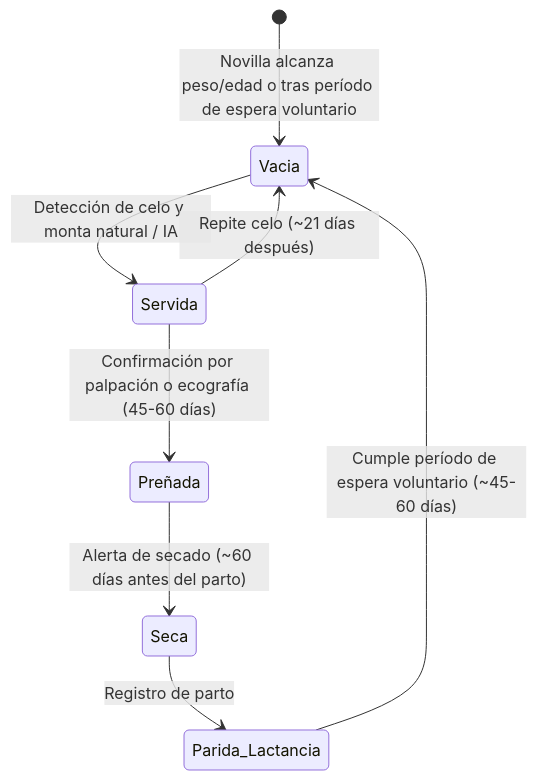
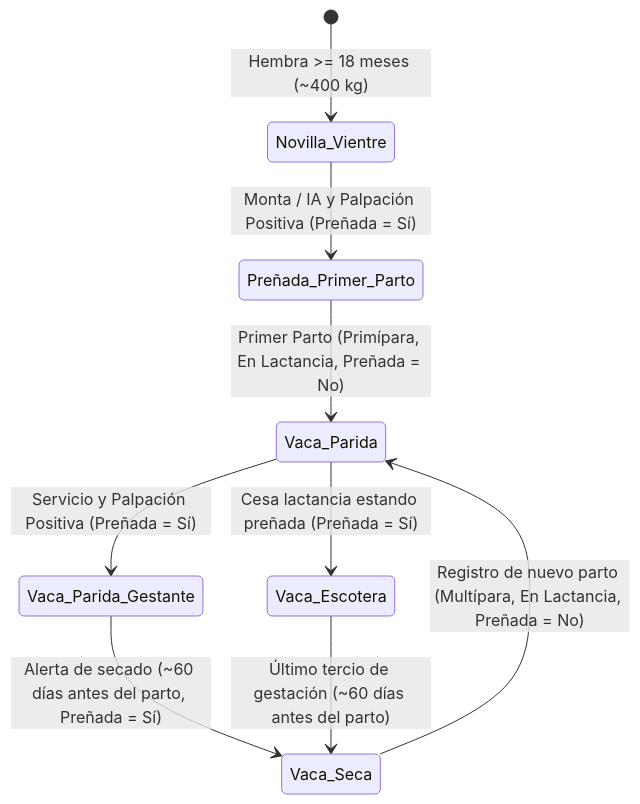
One commit to johandmaldonadop/FincaControl changed the diagram in skills/fincacontrol-manejo-reproductivo/SKILL.md. Above: the diagram before and after it, drawn with Mermaid. The commit also changed other lines of this file and 33 other files, not shown here.

````diff
--- a/skills/fincacontrol-manejo-reproductivo/SKILL.md
+++ b/skills/fincacontrol-manejo-reproductivo/SKILL.md
@@ -18,10 +27,11 @@
 ```mermaid
 stateDiagram-v2
-    [*] --> Vacia: Novilla alcanza peso/edad o tras período de espera voluntario
-    Vacia --> Servida: Detección de celo y monta natural / IA
-    Servida --> Vacia: Repite celo (~21 días después)
-    Servida --> Preñada: Confirmación por palpación o ecografía (45-60 días)
-    Preñada --> Seca: Alerta de secado (~60 días antes del parto)
-    Seca --> Parida_Lactancia: Registro de parto
-    Parida_Lactancia --> Vacia: Cumple período de espera voluntario (~45-60 días)
+    [*] --> Novilla_Vientre: Hembra >= 18 meses (~400 kg)
+    Novilla_Vientre --> Preñada_Primer_Parto: Monta / IA y Palpación Positiva (Preñada = Sí)
+    Preñada_Primer_Parto --> Vaca_Parida: Primer Parto (Primípara, En Lactancia, Preñada = No)
+    Vaca_Parida --> Vaca_Parida_Gestante: Servicio y Palpación Positiva (Preñada = Sí)
+    Vaca_Parida --> Vaca_Escotera: Cesa lactancia estando preñada (Preñada = Sí)
+    Vaca_Parida_Gestante --> Vaca_Seca: Alerta de secado (~60 días antes del parto, Preñada = Sí)
+    Vaca_Escotera --> Vaca_Seca: Último tercio de gestación (~60 días antes del parto)
+    Vaca_Seca --> Vaca_Parida: Registro de nuevo parto (Multípara, En Lactancia, Preñada = No)
 ```
````
